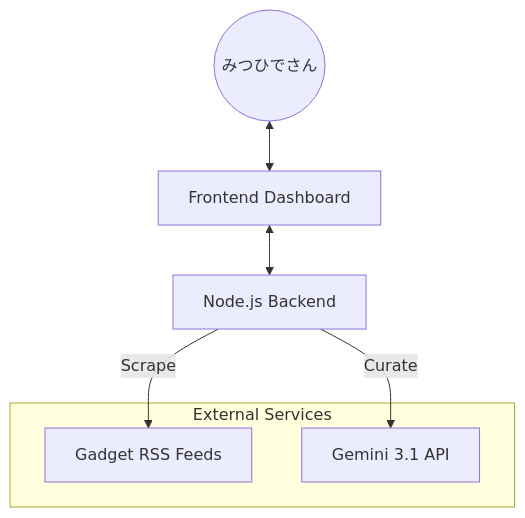
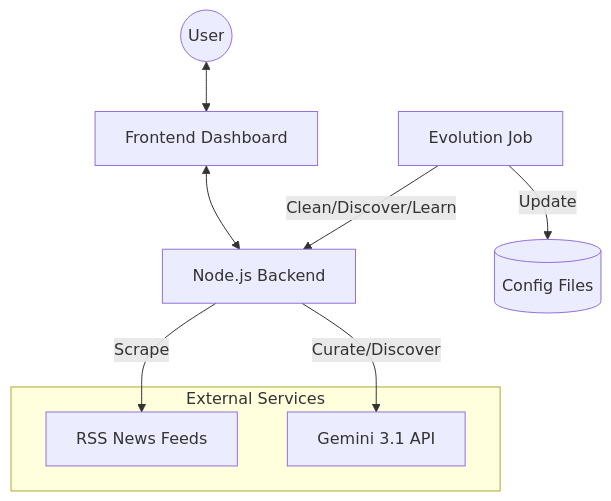
One commit to charge0315/aegis-ai-hub changed the diagram in docs/CODEMAPS/INDEX.md. Above: the diagram before and after it, drawn with Mermaid. The commit also changed other lines of this file and 21 other files, not shown here.

````diff
--- a/docs/CODEMAPS/INDEX.md
+++ b/docs/CODEMAPS/INDEX.md
@@ -17,17 +17,21 @@
 ```mermaid
 graph TD
-    User((みつひでさん))
+    User((User))
     UI[Frontend Dashboard]
     Server[Node.js Backend]
+    Job[Evolution Job]
     
     subgraph "External Services"
-        Feeds[Gadget RSS Feeds]
+        Feeds[RSS News Feeds]
         GeminiAPI[Gemini 3.1 API]
     end
 
     User <--> UI
     UI <--> Server
     
     Server -- Scrape --> Feeds
-    Server -- Curate --> GeminiAPI
+    Server -- Curate/Discover --> GeminiAPI
+    
+    Job -- Clean/Discover/Learn --> Server
+    Job -- Update --> Config[(Config Files)]
 ```
````
